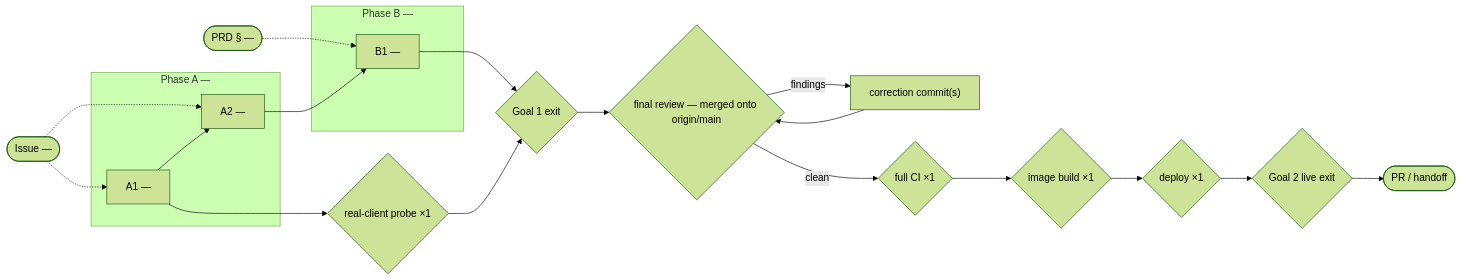
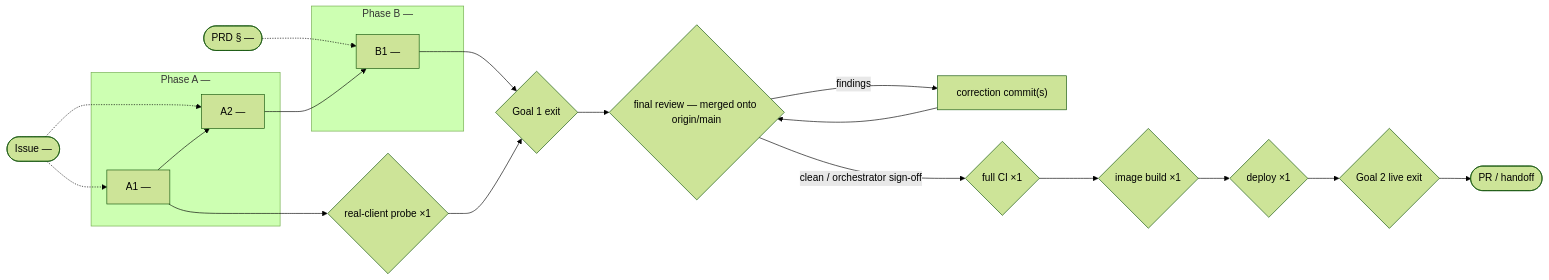
One commit to carboni123/goal-driven-implementation changed the second of 2 diagrams in skills/goal-driven-implementation/assets/plan-template.md. Above: the diagram before and after it, drawn with Mermaid (forest theme). The commit also changed other lines of this file and 16 other files, not shown here.

First line of the commit message:
feat(skill): simplify goal execution and review sign-off

````diff
--- a/skills/goal-driven-implementation/assets/plan-template.md
+++ b/skills/goal-driven-implementation/assets/plan-template.md
@@ -213,31 +218,31 @@
 ```mermaid
 flowchart LR
   IN1(["Issue <n> — <gist>"])
   IN2(["PRD §<n> — <gist>"])
 
   subgraph PA["Phase A — <milestone>"]
     A1["A1 — <title>"]
     A2["A2 — <title> ⚠"]
   end
 
   subgraph PB["Phase B — <milestone>"]
     B1["B1 — <title>"]
   end
 
   IN1 -.-> A1
   IN1 -.-> A2
   IN2 -.-> B1
   A1 --> A2
   A2 --> B1
   A1 --> PROBE{"real-client probe ×1"}
   B1 --> G1{"Goal 1 exit"}
   PROBE --> G1
   G1 --> FR{"final review — merged onto origin/main"}
   FR -- findings --> FIX["correction commit(s)"]
   FIX --> FR
-  FR -- clean --> CI{"full CI ×1"}
+  FR -- "clean / orchestrator sign-off" --> CI{"full CI ×1"}
   CI --> BUILD{"image build ×1"}
   BUILD --> DEPLOY{"deploy ×1"}
   DEPLOY --> G2{"Goal 2 live exit"}
   G2 --> PR(["PR / handoff"])
 ```
````
